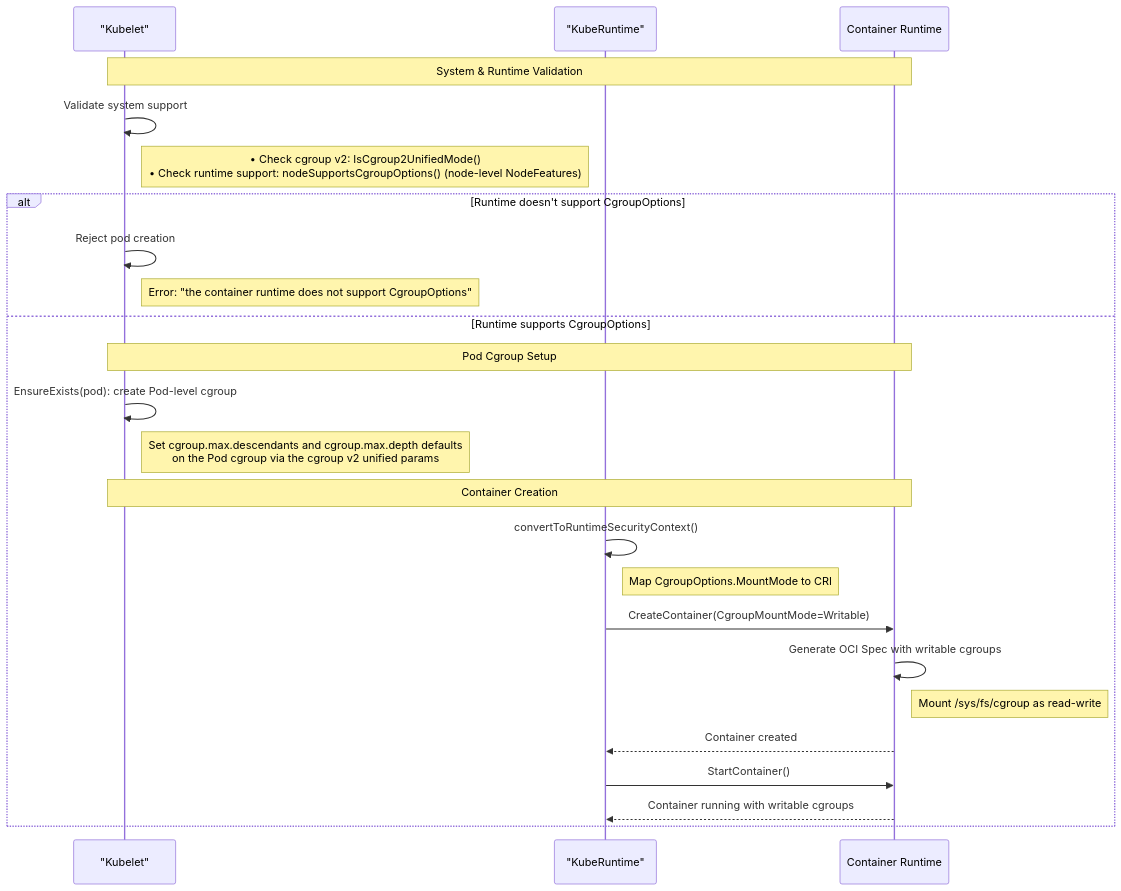
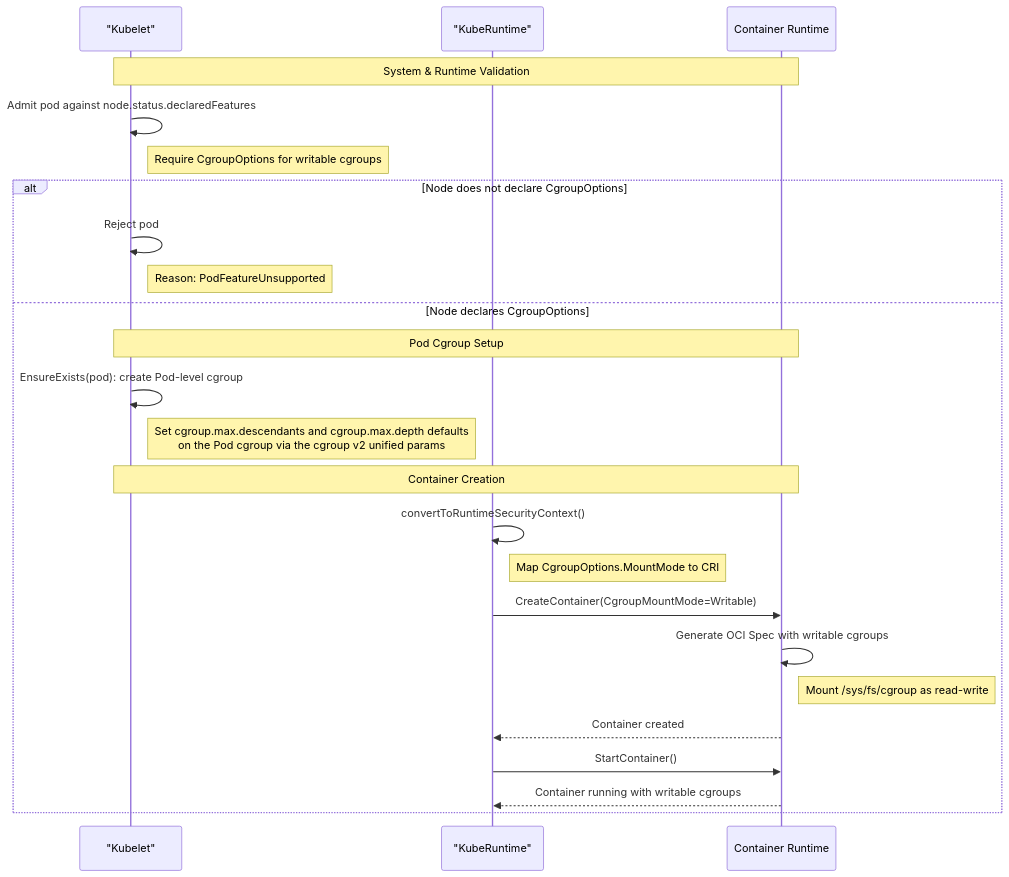
The diagram in keps/sig-node/5474-enable-writable-cgroups/README.md (kubernetes/enhancements), drawn with Mermaid before and after one commit. The commit also changed other lines of this file, not shown here.

First line of the commit message:
KEP-5474: Declare node support for writable cgroups

````diff
--- a/keps/sig-node/5474-enable-writable-cgroups/README.md
+++ b/keps/sig-node/5474-enable-writable-cgroups/README.md
@@ -287,37 +285,37 @@
 ```mermaid
 sequenceDiagram
     participant Kubelet as "Kubelet"
     participant KubeRuntime as "KubeRuntime"
     participant Container Runtime
 
     Note over Kubelet,Container Runtime: System & Runtime Validation
 
-    Kubelet->>Kubelet: Validate system support
-    Note right of Kubelet: • Check cgroup v2: IsCgroup2UnifiedMode()<br/>• Check runtime support: nodeSupportsCgroupOptions() (node-level NodeFeatures)
+    Kubelet->>Kubelet: Admit pod against node.status.declaredFeatures
+    Note right of Kubelet: Require CgroupOptions for writable cgroups
 
-    alt Runtime doesn't support CgroupOptions
-        Kubelet->>Kubelet: Reject pod creation
-        Note right of Kubelet: Error: "the container runtime does not support CgroupOptions"
-    else Runtime supports CgroupOptions
+    alt Node does not declare CgroupOptions
+        Kubelet->>Kubelet: Reject pod
+        Note right of Kubelet: Reason: PodFeatureUnsupported
+    else Node declares CgroupOptions
 
         Note over Kubelet,Container Runtime: Pod Cgroup Setup
 
         Kubelet->>Kubelet: EnsureExists(pod): create Pod-level cgroup
         Note right of Kubelet: Set cgroup.max.descendants and cgroup.max.depth defaults<br/>on the Pod cgroup via the cgroup v2 unified params
 
         Note over Kubelet,Container Runtime: Container Creation
         
         KubeRuntime->>KubeRuntime: convertToRuntimeSecurityContext()
         Note right of KubeRuntime: Map CgroupOptions.MountMode to CRI
 
         KubeRuntime->>Container Runtime: CreateContainer(CgroupMountMode=Writable)
         
         Container Runtime->>Container Runtime: Generate OCI Spec with writable cgroups
         Note right of Container Runtime: Mount /sys/fs/cgroup as read-write
 
         Container Runtime-->>KubeRuntime: Container created
         
         KubeRuntime->>Container Runtime: StartContainer()
         Container Runtime-->>KubeRuntime: Container running with writable cgroups
     end
 ```
````
